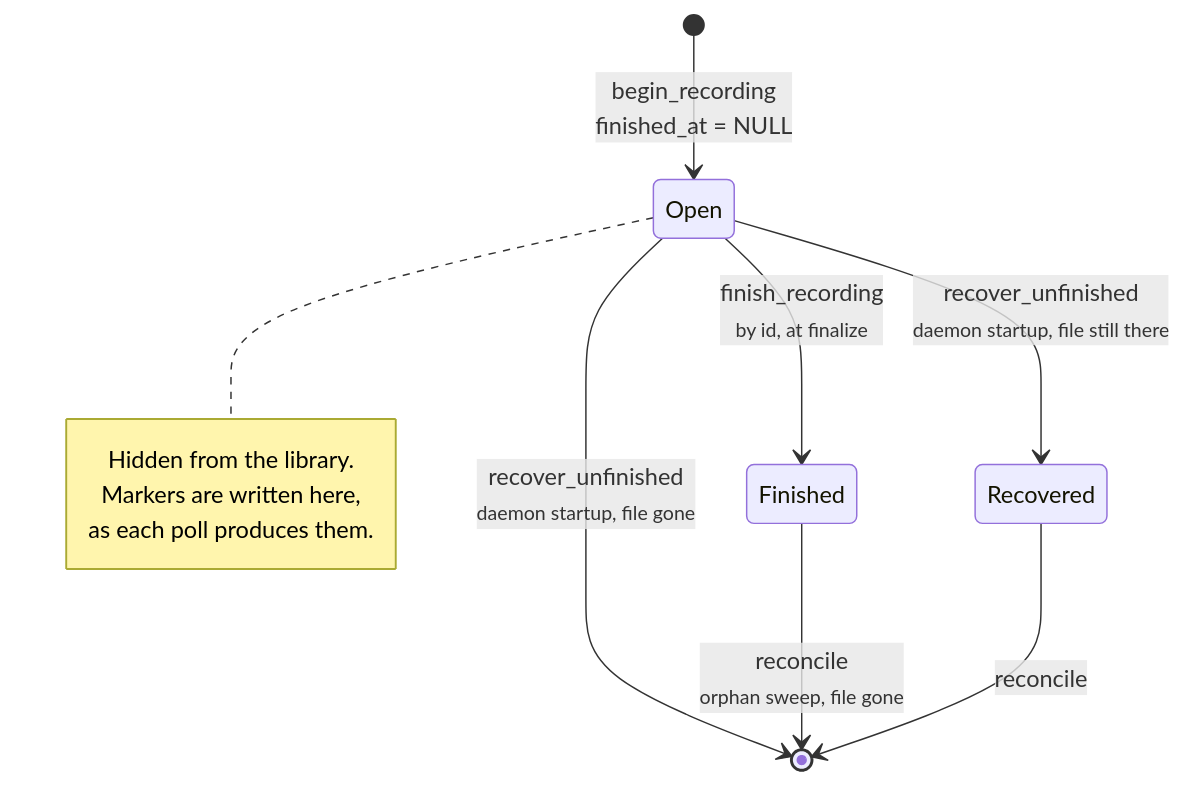
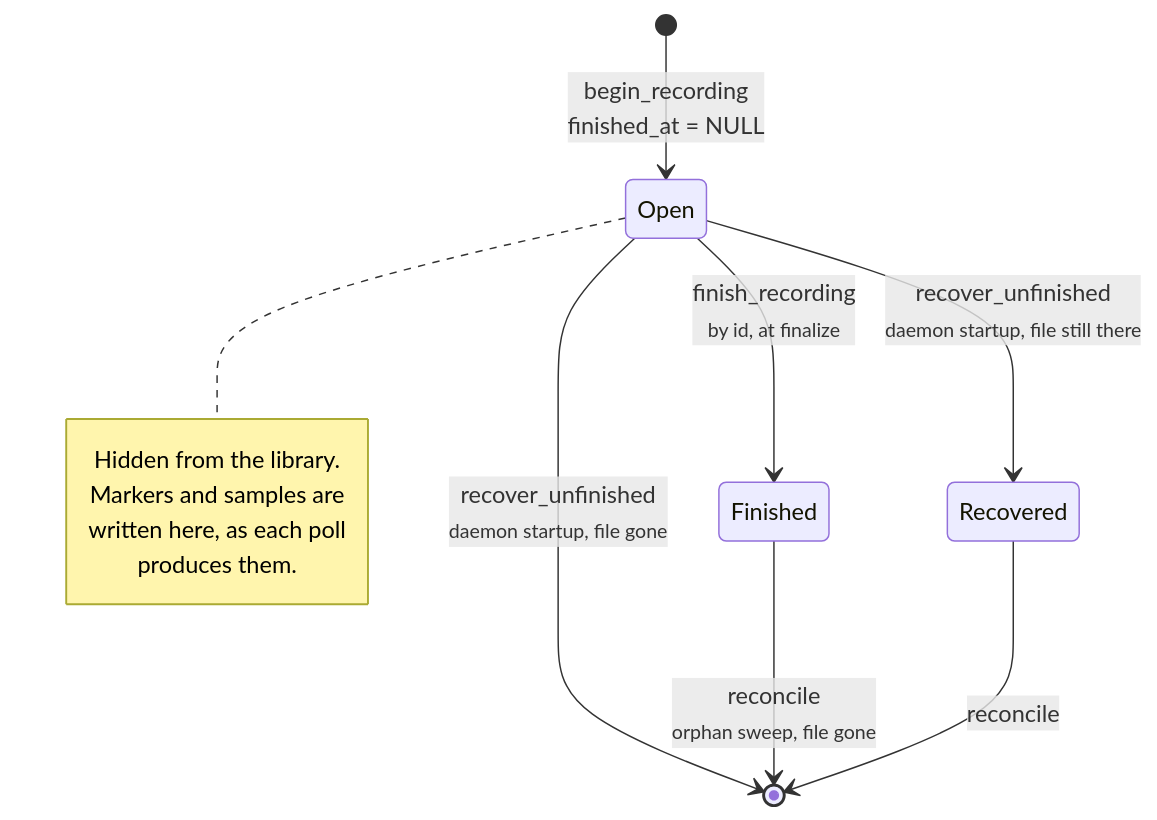
Before and after one commit to NinjaGoldfinch/ninja-recorder: the second of 5 diagrams in docs/data-model.md, drawn with Mermaid. The commit also changed other lines of this file and 6 other files, not shown here.

````diff
--- a/docs/data-model.md
+++ b/docs/data-model.md
@@ -395,14 +395,15 @@
 ```mermaid
 stateDiagram-v2
     [*] --> Open: begin_recording<br/>finished_at = NULL
     Open --> Finished: finish_recording<br/><small>by id, at finalize</small>
     Open --> Recovered: recover_unfinished<br/><small>daemon startup, file still there</small>
     Open --> [*]: recover_unfinished<br/><small>daemon startup, file gone</small>
     Finished --> [*]: reconcile<br/><small>orphan sweep, file gone</small>
     Recovered --> [*]: reconcile
     note right of Open
         Hidden from the library.
-        Markers are written here,
-        as each poll produces them.
+        Markers and samples are
+        written here, as each poll
+        produces them.
     end note
 ```
````
